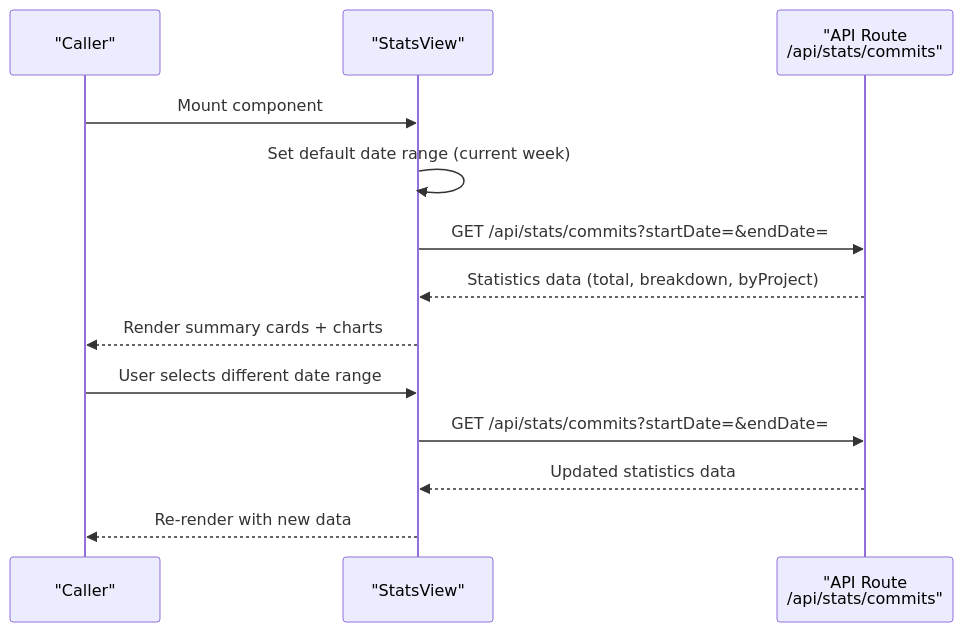
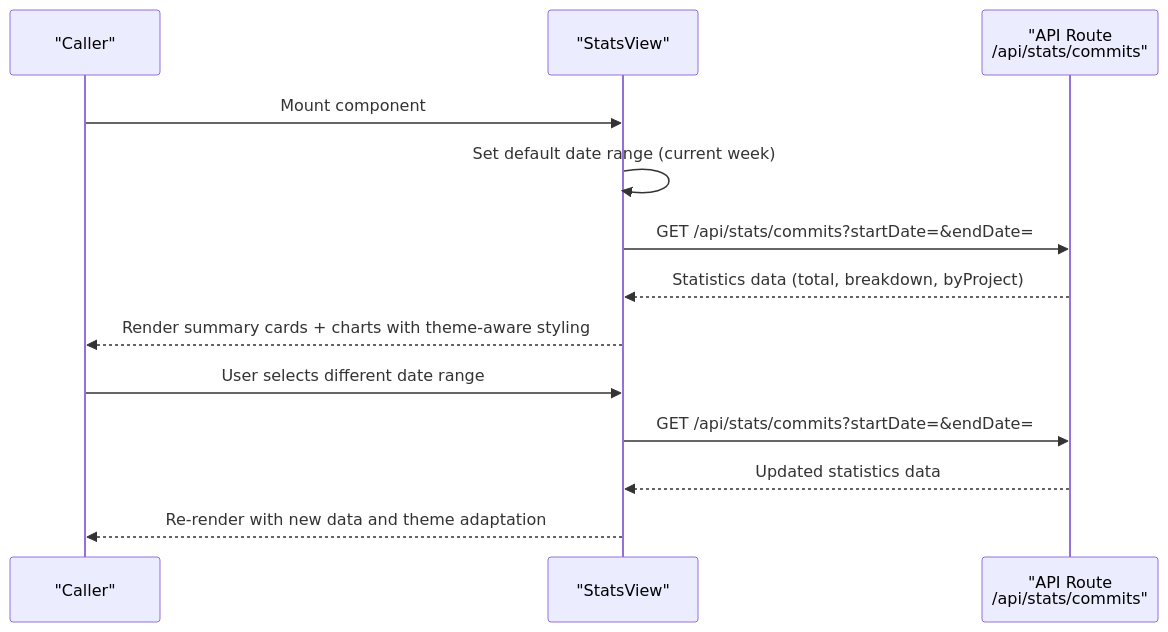
The fourth of 13 diagrams in .qoder/repowiki/en/content/Frontend Components/Frontend Components.md (jrj444/git-daily), drawn with Mermaid before and after one commit. The commit also changed other lines of this file and 4 other files, not shown here.

````diff
--- a/.qoder/repowiki/en/content/Frontend Components/Frontend Components.md
+++ b/.qoder/repowiki/en/content/Frontend Components/Frontend Components.md
@@ -282,15 +320,15 @@
 ```mermaid
 sequenceDiagram
 participant C as "Caller"
 participant S as "StatsView"
 participant API as "API Route<br/>/api/stats/commits"
 C->>S : Mount component
 S->>S : Set default date range (current week)
 S->>API : GET /api/stats/commits?startDate=&endDate=
 API-->>S : Statistics data (total, breakdown, byProject)
-S-->>C : Render summary cards + charts
+S-->>C : Render summary cards + charts with theme-aware styling
 C->>S : User selects different date range
 S->>API : GET /api/stats/commits?startDate=&endDate=
 API-->>S : Updated statistics data
-S-->>C : Re-render with new data
+S-->>C : Re-render with new data and theme adaptation
 ```
````
